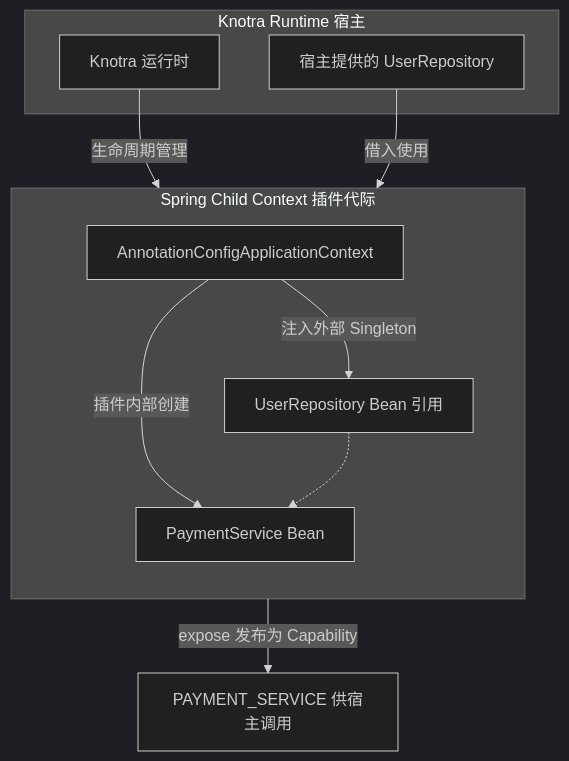
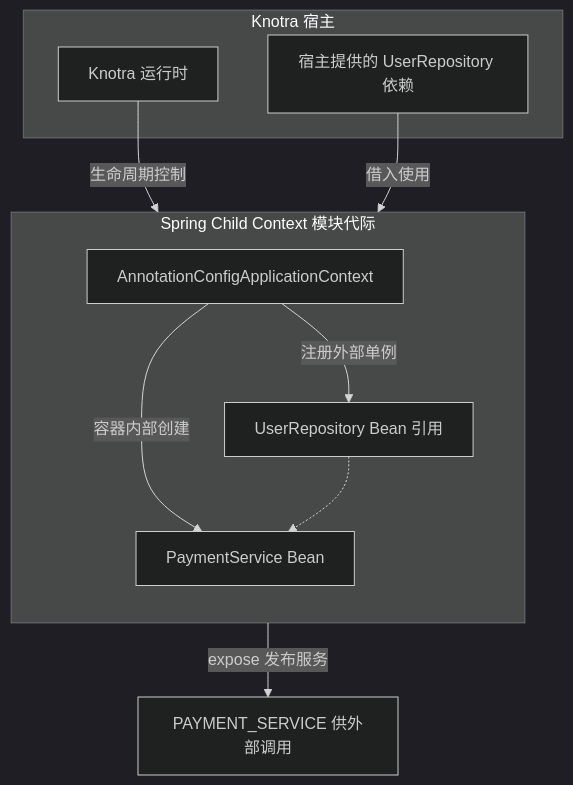
Before and after one commit to fjay/knotra: the third of 4 diagrams in docs/Knotra Beans 与 Spring 集成指南.md, drawn with Mermaid (dark theme). The commit also changed other lines of this file and 7 other files, not shown here.

````diff
--- a/docs/Knotra Beans 与 Spring 集成指南.md
+++ b/docs/Knotra Beans 与 Spring 集成指南.md
@@ -298,19 +286,19 @@
 ```mermaid
 graph TB
-    subgraph knotra_host ["Knotra Runtime 宿主"]
+    subgraph knotra_host ["Knotra 宿主"]
         KR["Knotra 运行时"]
-        UP["宿主提供的 UserRepository"]
+        UP["宿主提供的 UserRepository 依赖"]
     end
 
-    subgraph spring_child ["Spring Child Context 插件代际"]
+    subgraph spring_child ["Spring Child Context 模块代际"]
         direction TB
         SCC["AnnotationConfigApplicationContext"]
-        SCC -->|注入外部 Singleton| EB["UserRepository Bean 引用"]
-        SCC -->|插件内部创建| PS["PaymentService Bean"]
+        SCC -->|注册外部单例| EB["UserRepository Bean 引用"]
+        SCC -->|容器内部创建| PS["PaymentService Bean"]
         EB -.-> PS
     end
 
-    KR -->|生命周期管理| SCC
+    KR -->|生命周期控制| SCC
     UP -->|借入使用| EB
-    PS -->|expose 发布为 Capability| KP["PAYMENT_SERVICE 供宿主调用"]
+    PS -->|expose 发布服务| KP["PAYMENT_SERVICE 供外部调用"]
 ```
````
